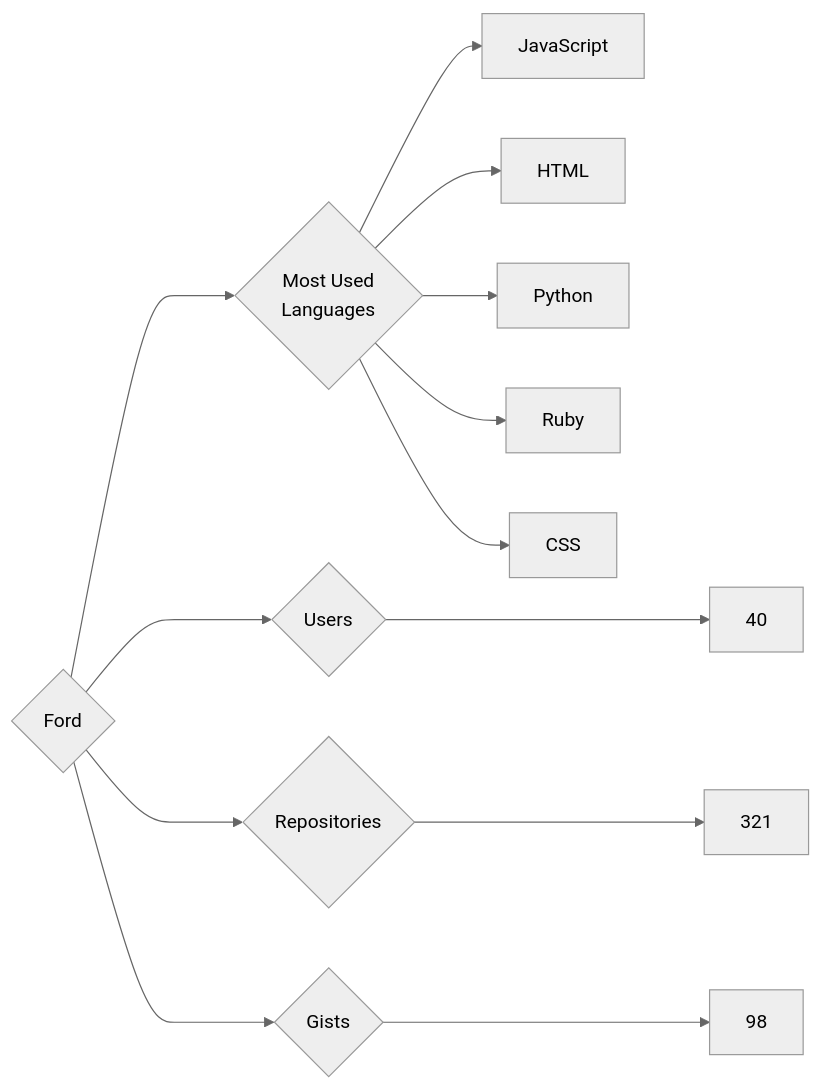
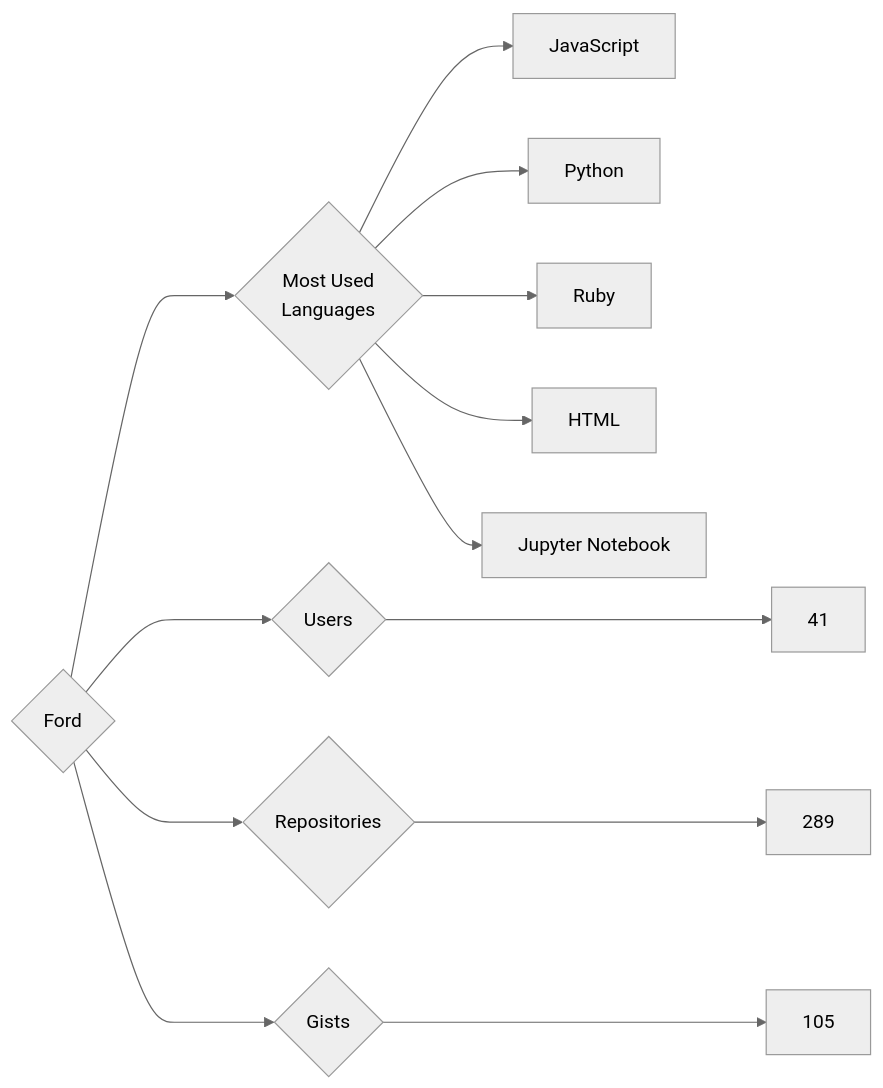
One commit to trickest/insiders changed the diagram in targets/Ford/README.md. Above: the diagram before and after it, drawn with Mermaid (neutral theme). The commit also changed 1084 other files, not shown here.

````diff
--- a/targets/Ford/README.md
+++ b/targets/Ford/README.md
@@ -3,13 +3,13 @@
 ```mermaid
 graph LR
 COMPANY_NAME{Ford}
-COMPANY_NAME ---> U{Users} ---> UN[40]
-COMPANY_NAME ---> R{Repositories} ---> RN[321]
-COMPANY_NAME ---> G{Gists} ---> GN[98]
+COMPANY_NAME ---> U{Users} ---> UN[41]
+COMPANY_NAME ---> R{Repositories} ---> RN[289]
+COMPANY_NAME ---> G{Gists} ---> GN[105]
 COMPANY_NAME ---> ML{Most Used<br>Languages}
 ML --> JavaScript[JavaScript]
-ML --> HTML[HTML]
 ML --> Python[Python]
 ML --> Ruby[Ruby]
-ML --> CSS[CSS]
+ML --> HTML[HTML]
+ML --> Jupyter_Notebook[Jupyter Notebook]
 ```
````
